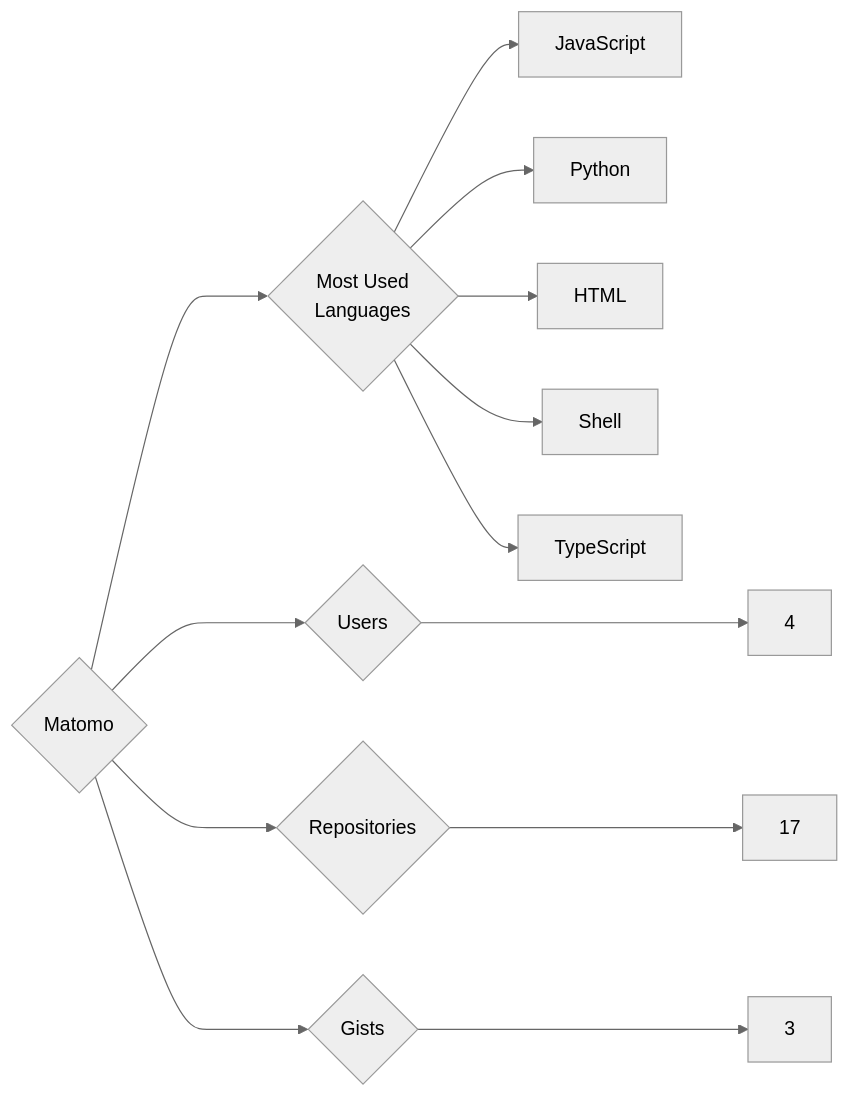
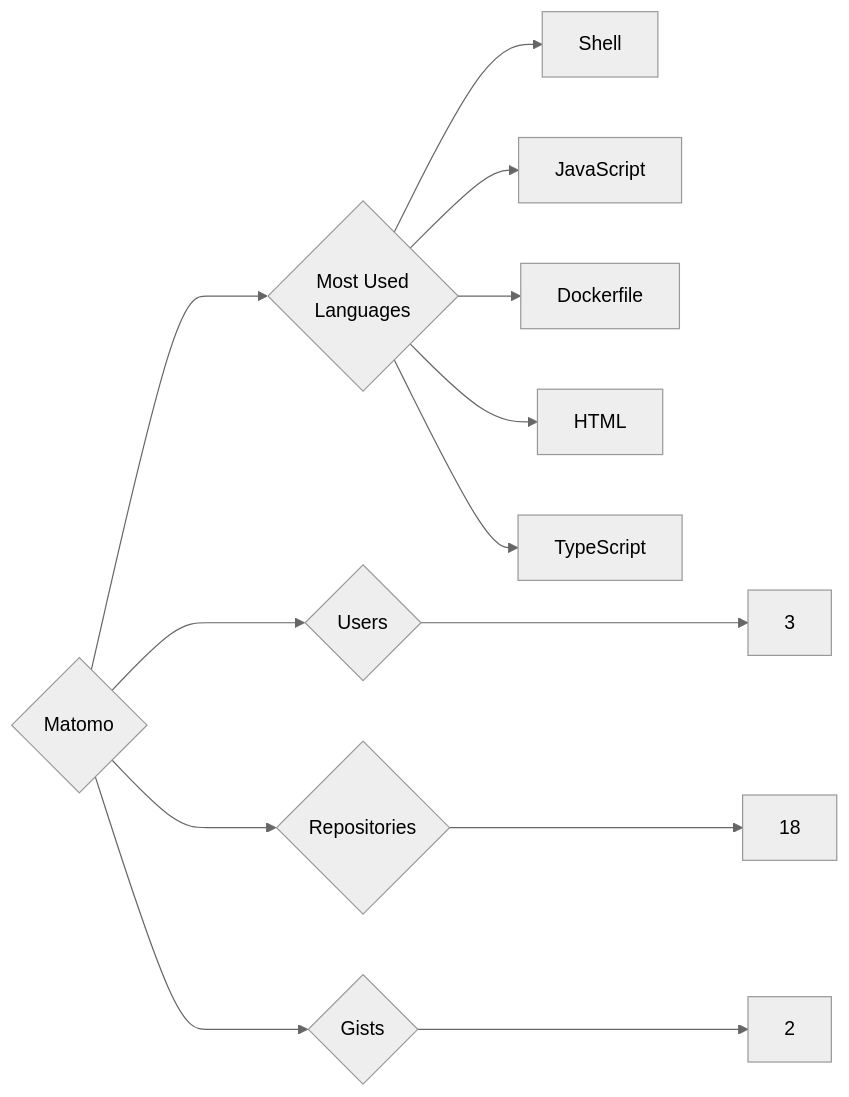
The diagram in targets/Matomo/README.md (trickest/insiders), drawn with Mermaid (neutral theme) before and after one commit. The commit also changed 851 other files, not shown here.

````diff
--- a/targets/Matomo/README.md
+++ b/targets/Matomo/README.md
@@ -3,13 +3,13 @@
 ```mermaid
 graph LR
 COMPANY_NAME{Matomo}
-COMPANY_NAME ---> U{Users} ---> UN[4]
-COMPANY_NAME ---> R{Repositories} ---> RN[17]
-COMPANY_NAME ---> G{Gists} ---> GN[3]
+COMPANY_NAME ---> U{Users} ---> UN[3]
+COMPANY_NAME ---> R{Repositories} ---> RN[18]
+COMPANY_NAME ---> G{Gists} ---> GN[2]
 COMPANY_NAME ---> ML{Most Used<br>Languages}
+ML --> Shell[Shell]
 ML --> JavaScript[JavaScript]
-ML --> Python[Python]
+ML --> Dockerfile[Dockerfile]
 ML --> HTML[HTML]
-ML --> Shell[Shell]
 ML --> TypeScript[TypeScript]
 ```
````
